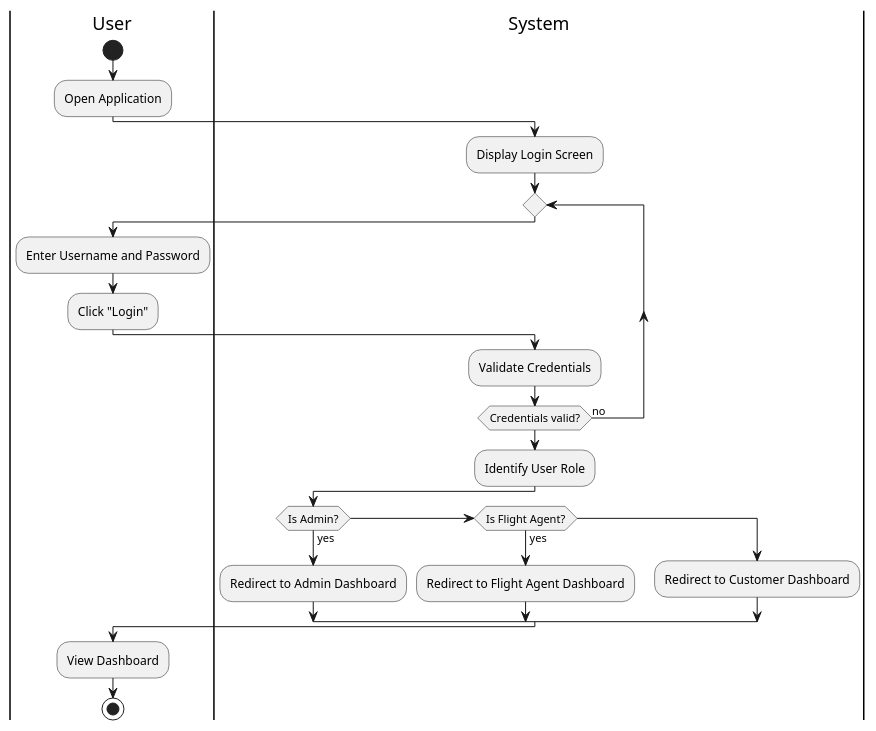
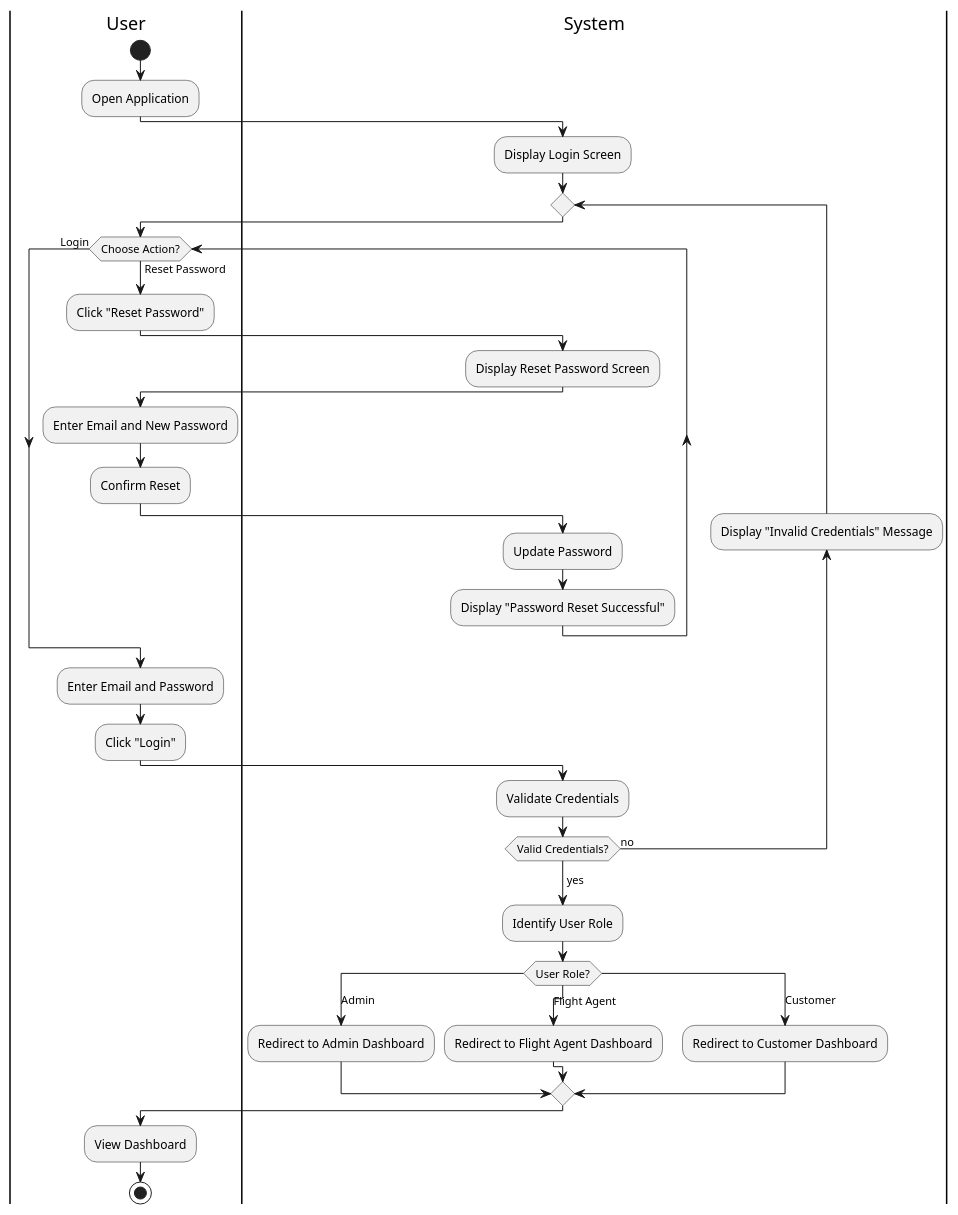
The diagram in docs/diagrams/activity/login.puml (camdnnn/614-Project), drawn with PlantUML before and after one commit. The commit also changed 1 other file, not shown here.

Commit message:
added reset password to login

```diff
--- a/docs/diagrams/activity/login.puml
+++ b/docs/diagrams/activity/login.puml
@@ -1,31 +1,49 @@
 @startuml login_activity
+
 |User|
 start
 :Open Application;
 
 |System|
 :Display Login Screen;
 
 repeat
   |User|
-  :Enter Username and Password;
+  while (Choose Action?) is (Reset Password)
+    :Click "Reset Password";
+    |System|
+    :Display Reset Password Screen;
+    |User|
+    :Enter Email and New Password;
+    :Confirm Reset;
+    |System|
+    :Update Password;
+    :Display "Password Reset Successful";
+  endwhile (Login)
+
+  |User|
+  :Enter Email and Password;
   :Click "Login";
 
   |System|
   :Validate Credentials;
-repeat while (Credentials valid?) is (no)
 
-|System|
-:Identify User Role;
-if (Is Admin?) then (yes)
-  :Redirect to Admin Dashboard;
-elseif (Is Flight Agent?) then (yes)
-  :Redirect to Flight Agent Dashboard;
-else
-  :Redirect to Customer Dashboard;
-endif
+  backward:Display "Invalid Credentials" Message;
+  repeat while (Valid Credentials?) is (no)
+  ->yes;
+  :Identify User Role;
+
+  switch(User Role?)
+  case (Admin)
+    :Redirect to Admin Dashboard;
+  case (Flight Agent)
+    :Redirect to Flight Agent Dashboard;
+  case (Customer)
+    :Redirect to Customer Dashboard;
+  endswitch
 
 |User|
 :View Dashboard;
 stop
+
 @enduml
```
